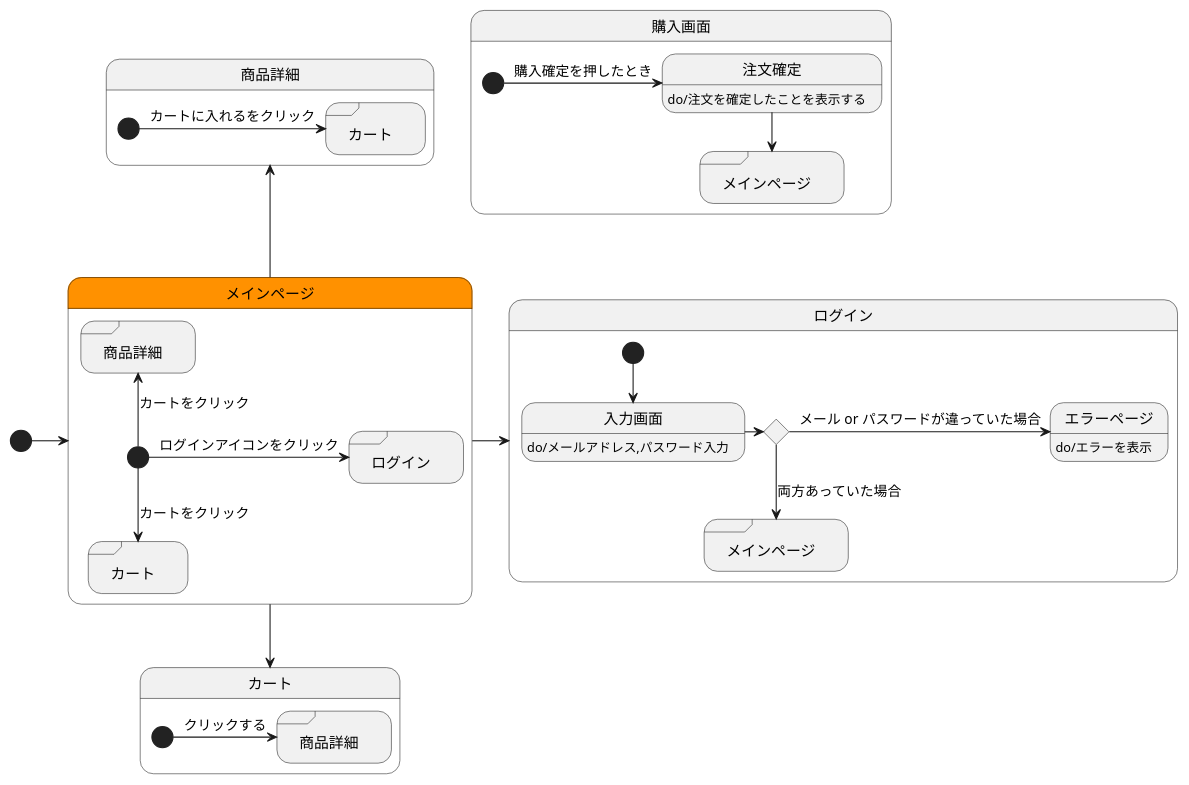
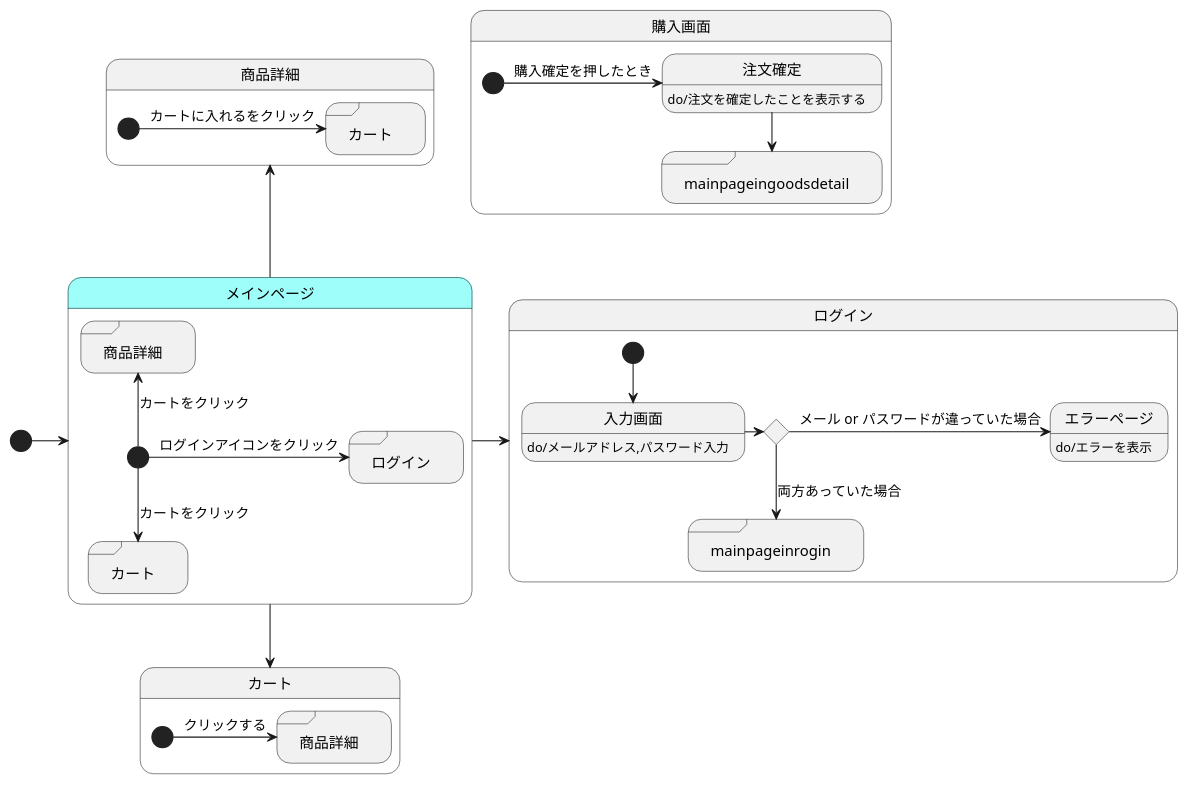
The diagram in UML.md (akutori/T-D-E), drawn with PlantUML before and after one commit.

Commit message:
色の変更

````diff
--- a/UML.md
+++ b/UML.md
@@ -1,57 +1,59 @@
 ```uml
 @startuml
 
 
 
 
 [*]->メインページ
 メインページ->ログイン
 メインページ-->カート
 メインページ-up->商品詳細
 
 state メインページ{
 state "ログイン" as rogininmainpage  <<sdlreceive>>
 state "カート" as cartinmainpage <<sdlreceive>>
 state "商品詳細" as goodsdetailinmainpage <<sdlreceive>>
     [*]-> rogininmainpage :ログインアイコンをクリック
     [*]--> cartinmainpage :カートをクリック
     [*]-up-> goodsdetailinmainpage :カートをクリック
 }
 
 state ログイン{
 state input <<choice>>
 state "メインページ" as mainpageinrogin<<sdlreceive>>
 
 入力画面:do/メールアドレス,パスワード入力
 エラーページ:do/エラーを表示
     [*]--> 入力画面
     入力画面->input
     input->エラーページ:メール or パスワードが違っていた場合
     input-->mainpageinrogin : 両方あっていた場合
 
 }
 
 state 購入画面{
 state "メインページ" as mainpageingoodsdetail<<sdlreceive>>
 注文確定:do/注文を確定したことを表示する
     [*]->注文確定 :購入確定を押したとき
     注文確定-->mainpageingoodsdetail
 }
 
 
 state カート{
 state "商品詳細" as goodsdetailincart <<sdlreceive>>
 
     [*]->goodsdetailincart :クリックする
 }
 
 state 商品詳細{
 state "カート" as cartingoodsdetail <<sdlreceive>>
 
     [*]->cartingoodsdetail :カートに入れるをクリック
 }
 
-state メインページ #ff9100
+state メインページ #9efffa
+state mainpageingoodsdetail #9efffa
+state mainpageinrogin #9efffa
 
 @enduml
 ```
````
